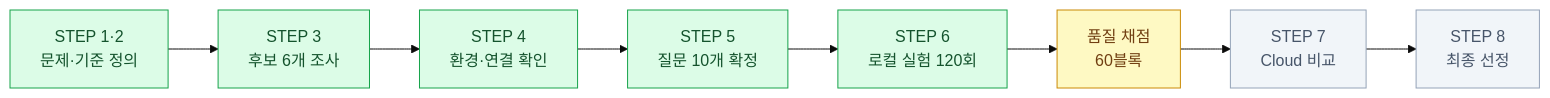
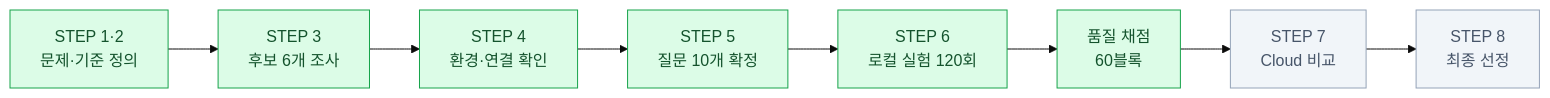
One commit to ho-yu/kant-llm-project-01 changed the first of 4 diagrams in README.md. Above: the diagram before and after it, drawn with Mermaid (base theme). The commit also changed other lines of this file, not shown here.

````diff
--- a/README.md
+++ b/README.md
@@ -13,17 +14,15 @@
 ```mermaid
 flowchart LR
     S1["STEP 1·2<br/>문제·기준 정의"] --> S3["STEP 3<br/>후보 6개 조사"]
     S3 --> S4["STEP 4<br/>환경·연결 확인"]
     S4 --> S5["STEP 5<br/>질문 10개 확정"]
     S5 --> S6["STEP 6<br/>로컬 실험 120회"]
     S6 --> SC["품질 채점<br/>60블록"]
     SC --> S7["STEP 7<br/>Cloud 비교"]
     S7 --> S8["STEP 8<br/>최종 선정"]
 
     classDef done fill:#dcfce7,stroke:#16a34a,color:#14532d
-    classDef doing fill:#fef9c3,stroke:#ca8a04,color:#713f12
     classDef todo fill:#f1f5f9,stroke:#94a3b8,color:#475569
-    class S1,S3,S4,S5,S6 done
-    class SC doing
+    class S1,S3,S4,S5,S6,SC done
     class S7,S8 todo
 ```
````
